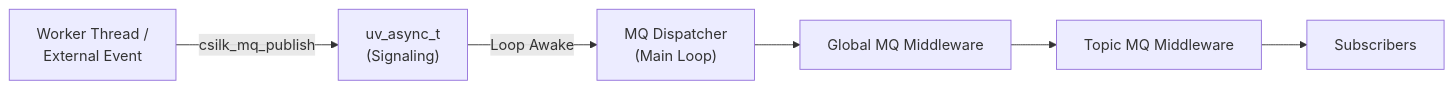
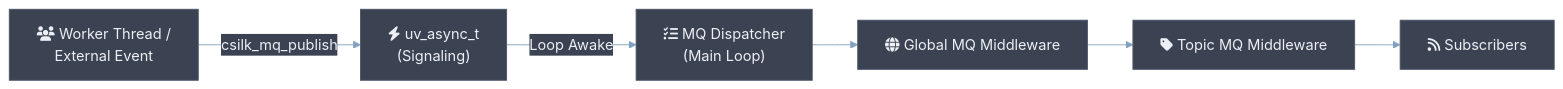
The eighth of 12 diagrams in docs/architecture.md (quintin-lee/csilk), drawn with Mermaid before and after one commit. The commit also changed other lines of this file and 30 other files, not shown here.

Commit message:
docs(docs): 📝 apply Nord Mermaid theme, RFC 2119 keywords, and quantified metrics to all docs

````diff
--- a/docs/architecture.md
+++ b/docs/architecture.md
@@ -313,8 +466,30 @@
 ```mermaid
+%%{init: {
+  'theme': 'base',
+  'themeVariables': {
+    'background': '#2E3440',
+    'primaryColor': '#81A1C1',
+    'primaryBorderColor': '#4C566A',
+    'primaryTextColor': '#ECEFF4',
+    'secondaryColor': '#3B4252',
+    'secondaryBorderColor': '#434C5E',
+    'secondaryTextColor': '#D8DEE9',
+    'lineColor': '#81A1C1',
+    'textColor': '#ECEFF4',
+    'mainBkg': '#3B4252',
+    'nodeBorder': '#4C566A',
+    'clusterBkg': '#2E3440',
+    'clusterBorder': '#4C566A',
+    'titleColor': '#ECEFF4',
+    'edgeLabelBackground': '#3B4252',
+    'nodeTextColor': '#ECEFF4'
+  },
+  'flowchart': {'htmlLabels': true, 'curve': 'basis'}
+}}%%
 graph LR
-    WT["Worker Thread /<br/>External Event"] -- csilk_mq_publish --> ASYNC["uv_async_t<br/>(Signaling)"]
-    ASYNC -- Loop Awake --> DISPATCH["MQ Dispatcher<br/>(Main Loop)"]
-    DISPATCH --> GMW["Global MQ Middleware"]
-    GMW --> TMW["Topic MQ Middleware"]
-    TMW --> SUB["Subscribers"]
+    WT["fa:fa-users Worker Thread /<br/>External Event"] -- csilk_mq_publish --> ASYNC["fa:fa-bolt uv_async_t<br/>(Signaling)"]
+    ASYNC -- Loop Awake --> DISPATCH["fa:fa-tasks MQ Dispatcher<br/>(Main Loop)"]
+    DISPATCH --> GMW["fa:fa-globe Global MQ Middleware"]
+    GMW --> TMW["fa:fa-tag Topic MQ Middleware"]
+    TMW --> SUB["fa:fa-rss Subscribers"]
 ```
````
